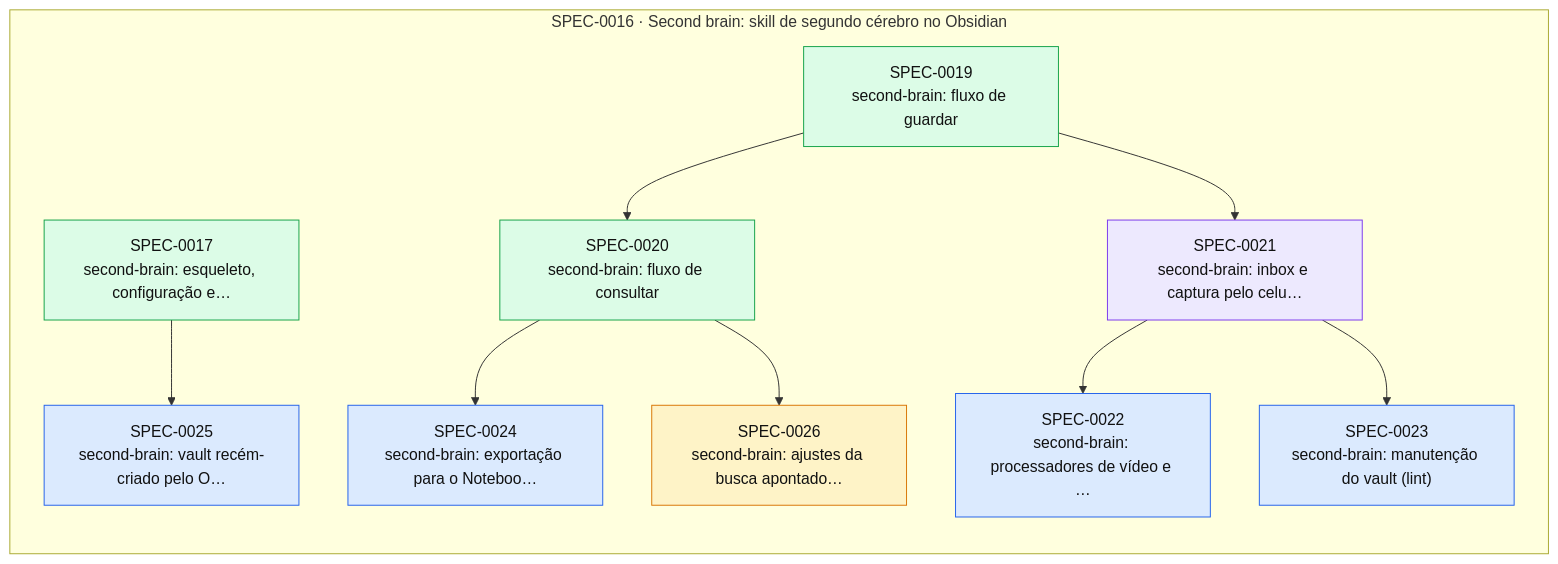
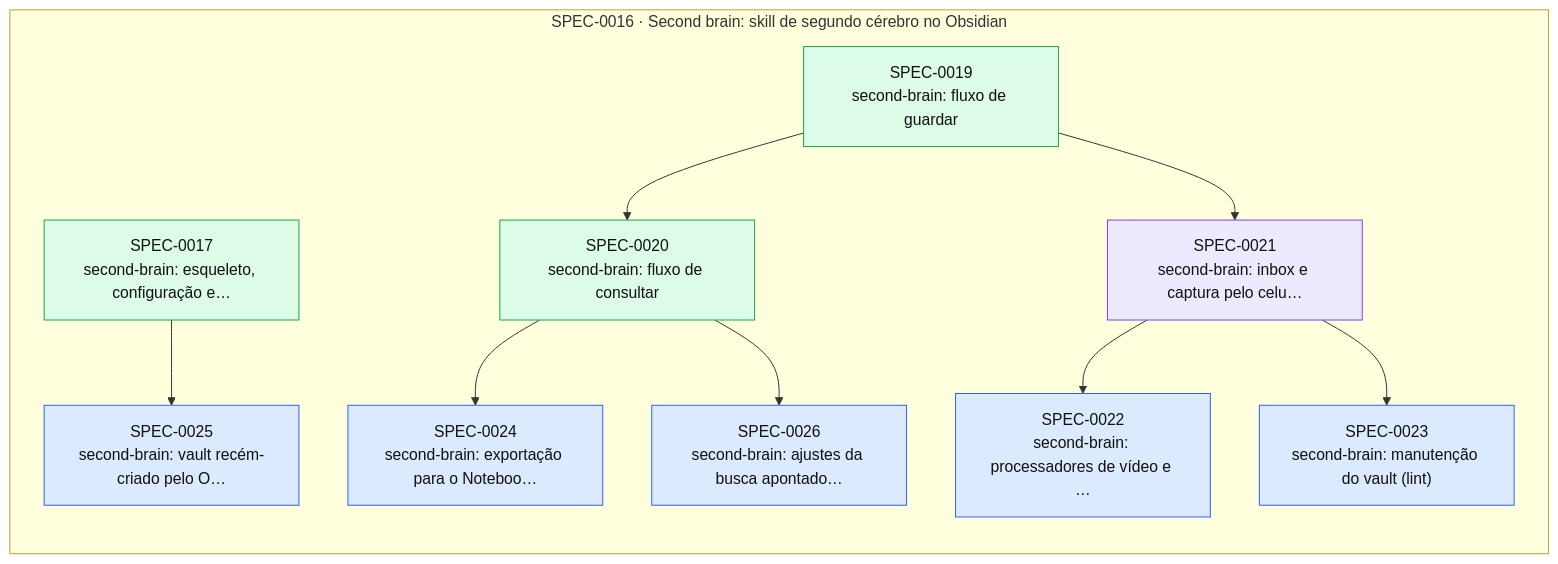
One commit to thomasravache/ai-dev-brain changed the diagram in docs/specs/INDEX.md. Above: the diagram before and after it, drawn with Mermaid. The commit also changed other lines of this file and 1 other file, not shown here.

First line of the commit message:
docs(specs): G0 da SPEC-0026

````diff
--- a/docs/specs/INDEX.md
+++ b/docs/specs/INDEX.md
@@ -50,26 +50,26 @@
 ```mermaid
 flowchart LR
   subgraph E0016["SPEC-0016 · Second brain: skill de segundo cérebro no Obsidian"]
     S0017["SPEC-0017<br/>second-brain: esqueleto, configuração e…"]:::implemented
     S0019["SPEC-0019<br/>second-brain: fluxo de guardar"]:::implemented
     S0020["SPEC-0020<br/>second-brain: fluxo de consultar"]:::implemented
     S0021["SPEC-0021<br/>second-brain: inbox e captura pelo celu…"]:::inprogress
     S0022["SPEC-0022<br/>second-brain: processadores de vídeo e …"]:::approved
     S0023["SPEC-0023<br/>second-brain: manutenção do vault (lint)"]:::approved
     S0024["SPEC-0024<br/>second-brain: exportação para o Noteboo…"]:::approved
     S0025["SPEC-0025<br/>second-brain: vault recém-criado pelo O…"]:::approved
-    S0026["SPEC-0026<br/>second-brain: ajustes da busca apontado…"]:::proposed
+    S0026["SPEC-0026<br/>second-brain: ajustes da busca apontado…"]:::approved
   end
   S0019 --> S0020
   S0019 --> S0021
   S0021 --> S0022
   S0021 --> S0023
   S0020 --> S0024
   S0017 --> S0025
   S0020 --> S0026
   classDef proposed fill:#fef3c7,stroke:#d97706,color:#111
   classDef approved fill:#dbeafe,stroke:#2563eb,color:#111
   classDef inprogress fill:#ede9fe,stroke:#7c3aed,color:#111
   classDef implemented fill:#dcfce7,stroke:#16a34a,color:#111
   classDef deprecated fill:#f3f4f6,stroke:#9ca3af,color:#6b7280
 ```
````
